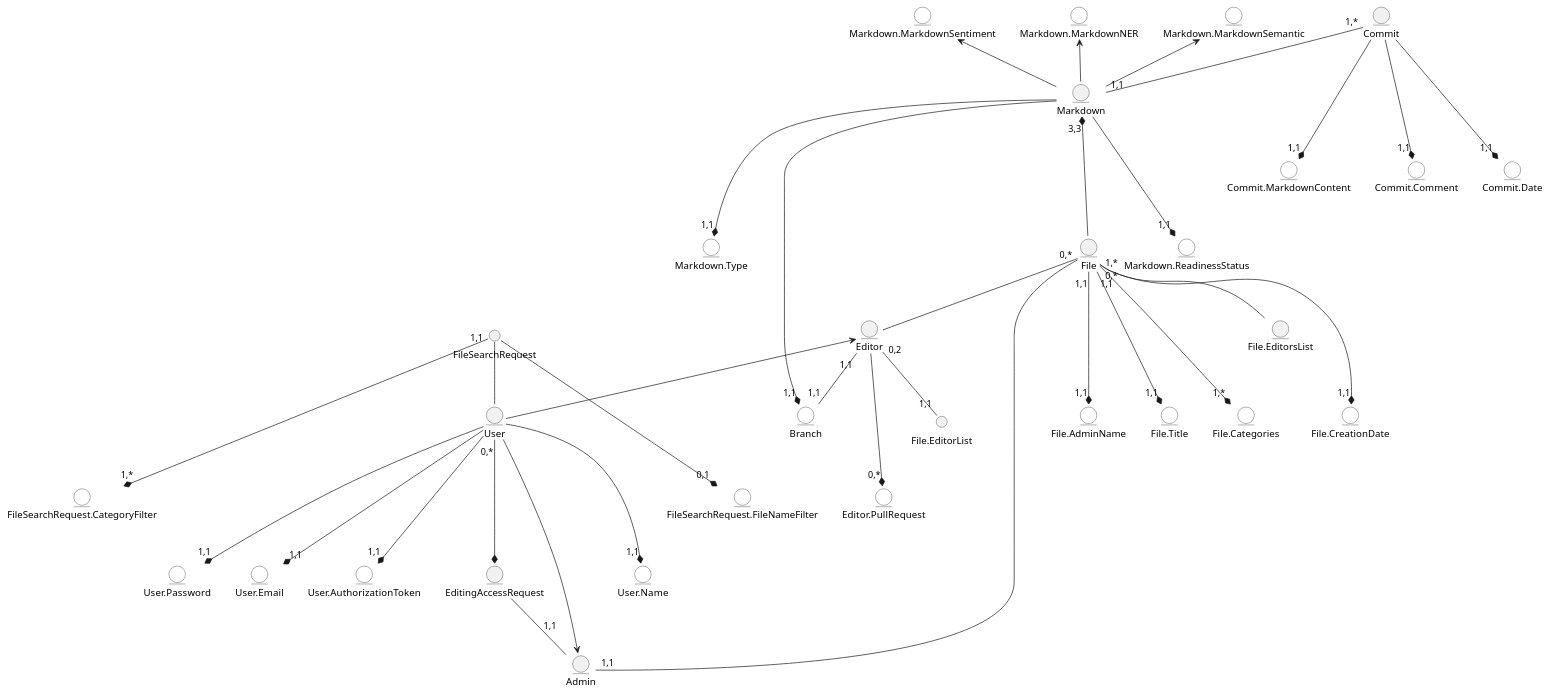
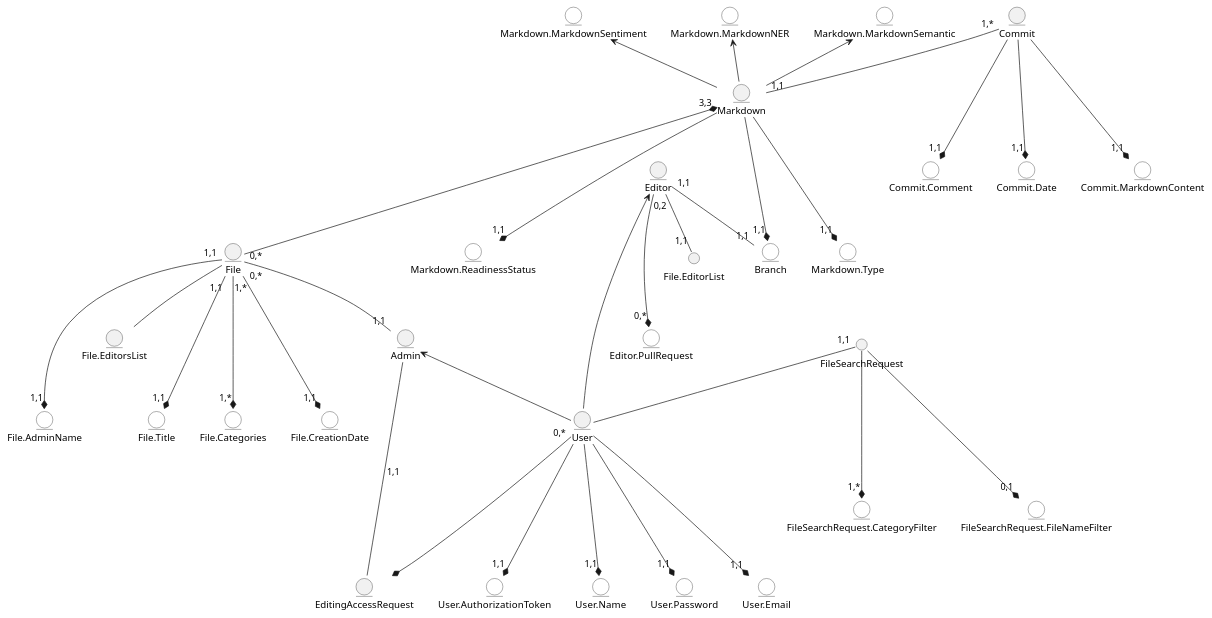
Before and after one commit to m1guelten/edu-db-cw: the diagram in docs/design/README.md, drawn with PlantUML.

```diff
--- a/docs/design/README.md
+++ b/docs/design/README.md
@@ -60,7 +60,6 @@
     
     File "0,*" -- "1,1" Admin
     File  -- File.EditorsList
-    File -- Editor
     
     File.AdminName "1,1" *-u-- "1,1" File
     File.Title "1,1" *-u-- "1,1" File
```
